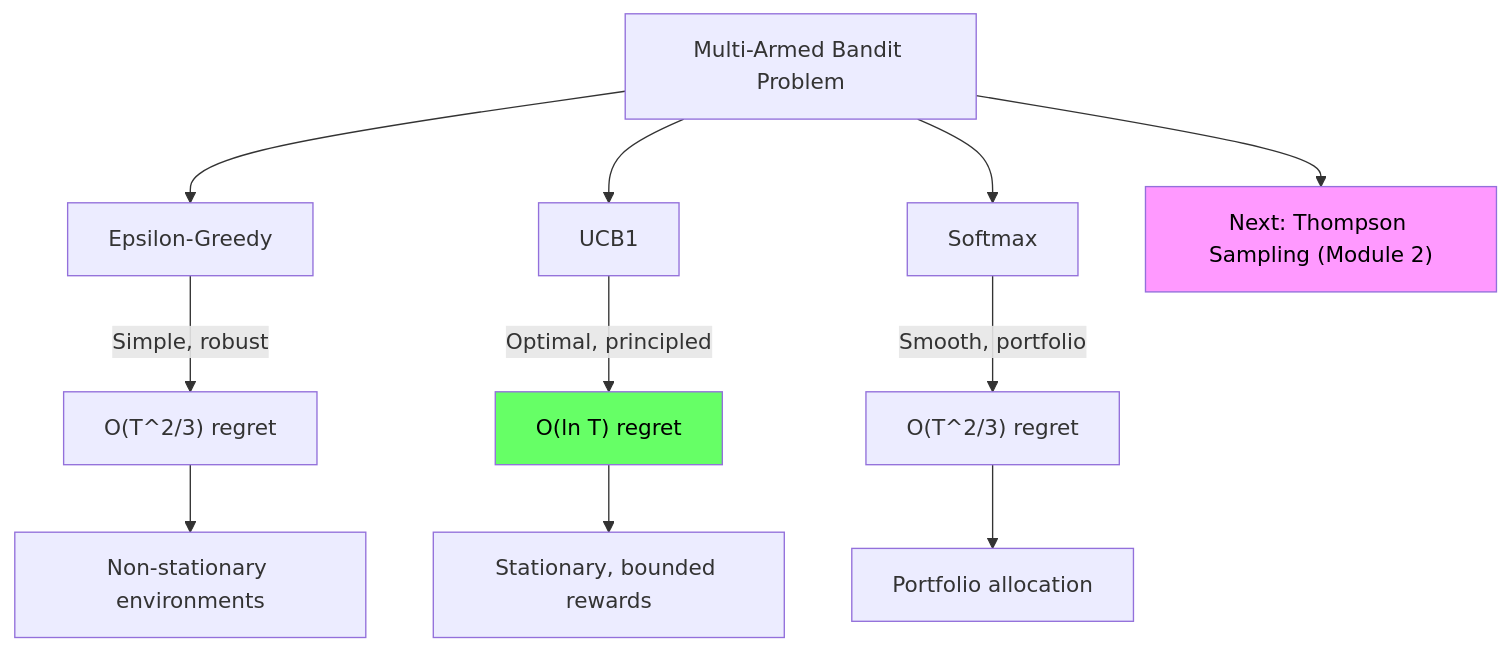
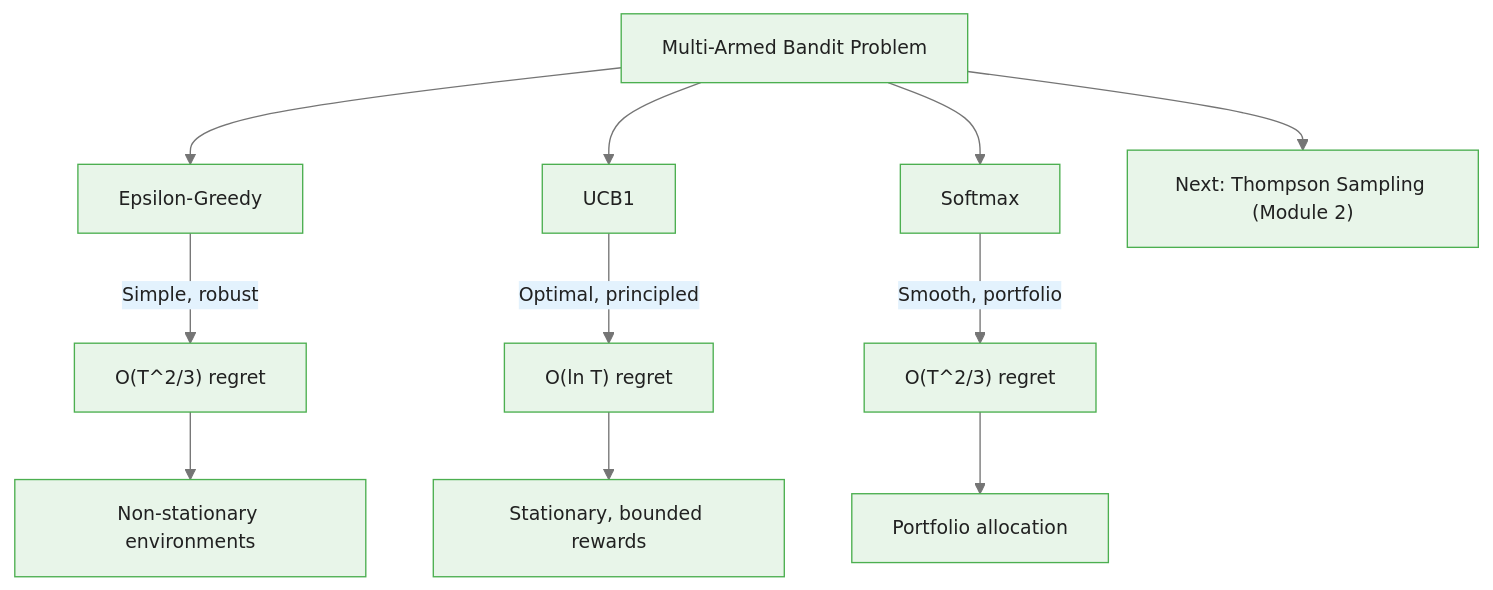
The third of 3 diagrams in courses/multi-armed-bandits-ab-testing/modules/module_01_bandit_algorithms/guides/cheatsheet_slides.md (m-deane/course-creator), drawn with Mermaid before and after one commit. The commit also changed other lines of this file and 146 other files, not shown here.

````diff
--- a/courses/multi-armed-bandits-ab-testing/modules/module_01_bandit_algorithms/guides/cheatsheet_slides.md
+++ b/courses/multi-armed-bandits-ab-testing/modules/module_01_bandit_algorithms/guides/cheatsheet_slides.md
@@ -283,19 +323,17 @@
 ```mermaid
+%%{init: {"theme": "base", "themeVariables": {"primaryColor": "#e8f5e9", "primaryBorderColor": "#4caf50", "primaryTextColor": "#212121", "secondaryColor": "#e3f2fd", "tertiaryColor": "#fff8e1", "lineColor": "#757575", "fontFamily": "Inter, sans-serif", "fontSize": "14px"}}}%%
 flowchart TD
     MAB["Multi-Armed Bandit Problem"] --> EG["Epsilon-Greedy"]
     MAB --> UCB["UCB1"]
     MAB --> SM["Softmax"]
 
     EG --> |"Simple, robust"| EGR["O(T^2/3) regret"]
     UCB --> |"Optimal, principled"| UCBR["O(ln T) regret"]
     SM --> |"Smooth, portfolio"| SMR["O(T^2/3) regret"]
 
     EGR --> NS["Non-stationary environments"]
     UCBR --> Stat["Stationary, bounded rewards"]
     SMR --> Port["Portfolio allocation"]
 
     MAB --> Next["Next: Thompson Sampling (Module 2)"]
-
-    style UCBR fill:#6f6,color:#000
-    style Next fill:#f9f,color:#000
 ```
````
